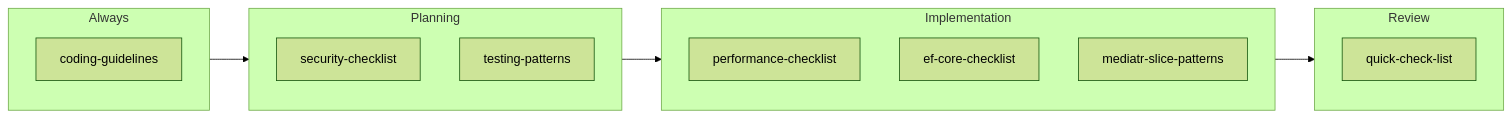
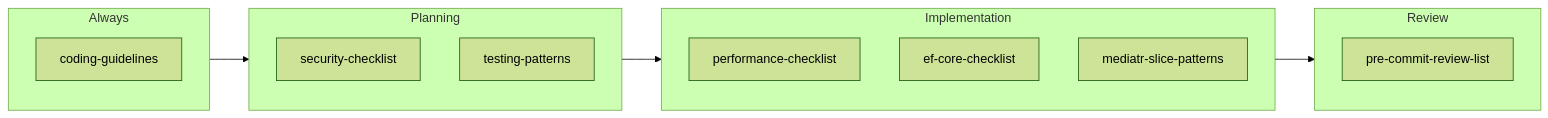
The fourth of 8 diagrams in README.md (moberghr/mtk-agent-toolkit), drawn with Mermaid (forest theme) before and after one commit. The commit also changed other lines of this file and 18 other files, not shown here.

````diff
--- a/README.md
+++ b/README.md
@@ -357,20 +345,20 @@
 ```mermaid
 graph LR
     subgraph Always
         CG["coding-guidelines"]
     end
     subgraph Planning
         SC["security-checklist"]
         TP["testing-patterns"]
     end
     subgraph Implementation
         PC["performance-checklist"]
         EF["ef-core-checklist"]
         MS["mediatr-slice-patterns"]
     end
     subgraph Review
-        QC["quick-check-list"]
+        QC["pre-commit-review-list"]
     end
 
     Always --> Planning --> Implementation --> Review
 ```
````
